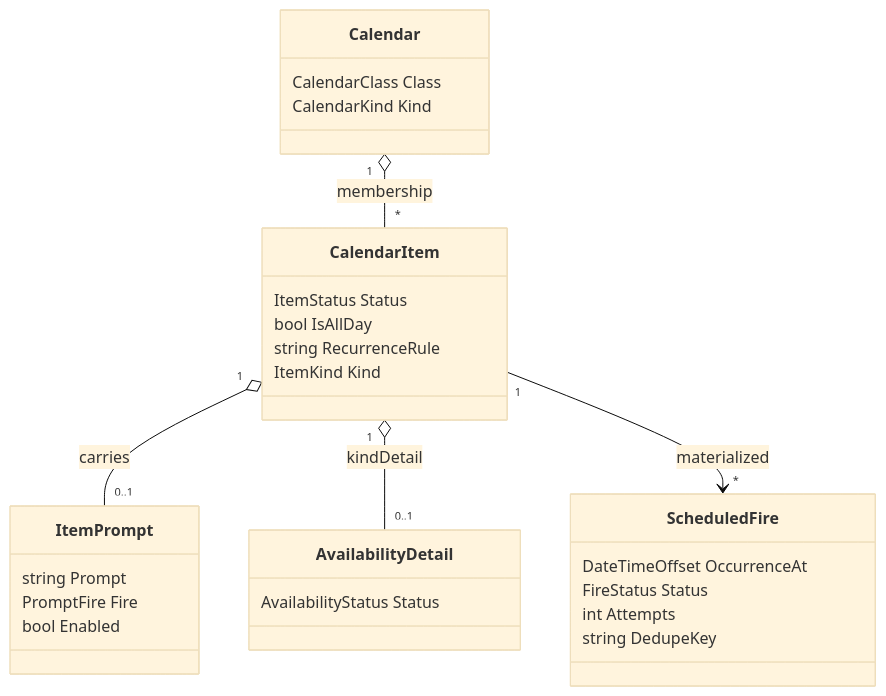
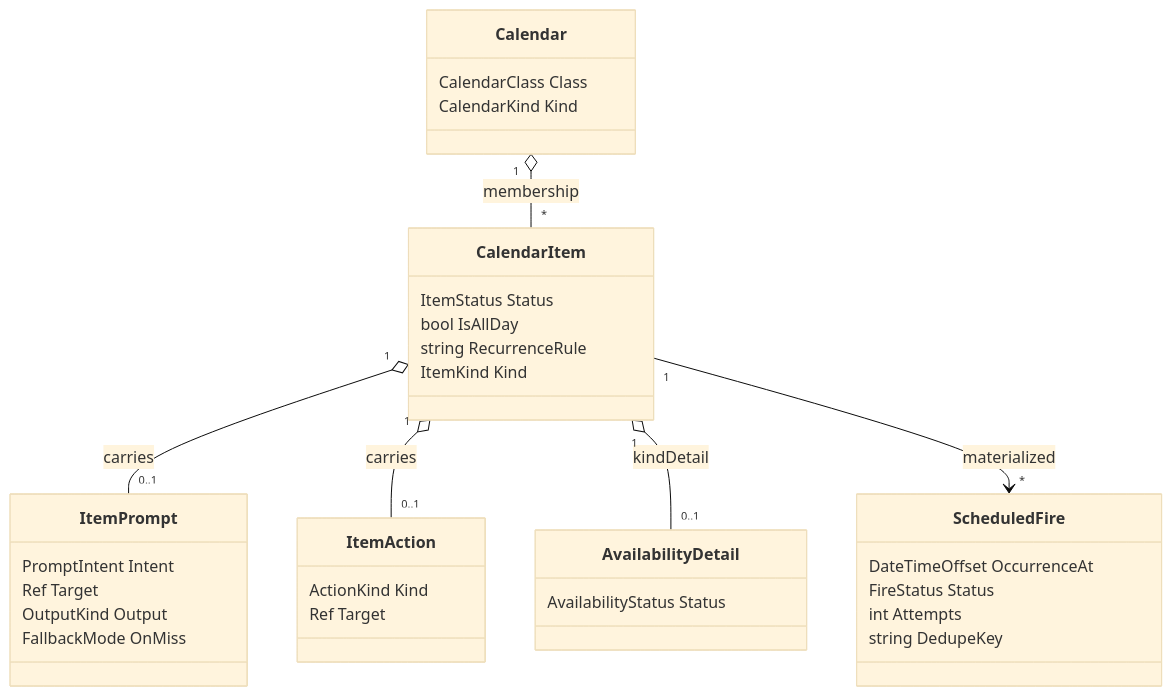
Before and after one commit to danbro96/LupiraCalApi: the first of 2 diagrams in docs/temporal-backbone.md, drawn with Mermaid (base theme). The commit also changed other lines of this file, not shown here.

Commit message:
Refine temporal-backbone: typed ItemPrompt/ItemAction payload, completeness scoring, system calendars + firing engine

````diff
--- a/docs/temporal-backbone.md
+++ b/docs/temporal-backbone.md
@@ -26,31 +26,37 @@
 ```mermaid
 classDiagram
   class Calendar {
     CalendarClass Class
     CalendarKind Kind
   }
   class CalendarItem {
     ItemStatus Status
     bool IsAllDay
     string RecurrenceRule
     ItemKind Kind
   }
   class ItemPrompt {
-    string Prompt
-    PromptFire Fire
-    bool Enabled
+    PromptIntent Intent
+    Ref Target
+    OutputKind Output
+    FallbackMode OnMiss
+  }
+  class ItemAction {
+    ActionKind Kind
+    Ref Target
   }
   class AvailabilityDetail {
     AvailabilityStatus Status
   }
   class ScheduledFire {
     DateTimeOffset OccurrenceAt
     FireStatus Status
     int Attempts
     string DedupeKey
   }
   Calendar "1" o-- "*" CalendarItem : membership
   CalendarItem "1" o-- "0..1" ItemPrompt : carries
+  CalendarItem "1" o-- "0..1" ItemAction : carries
   CalendarItem "1" o-- "0..1" AvailabilityDetail : kindDetail
   CalendarItem "1" --> "*" ScheduledFire : materialized
 ```
````
